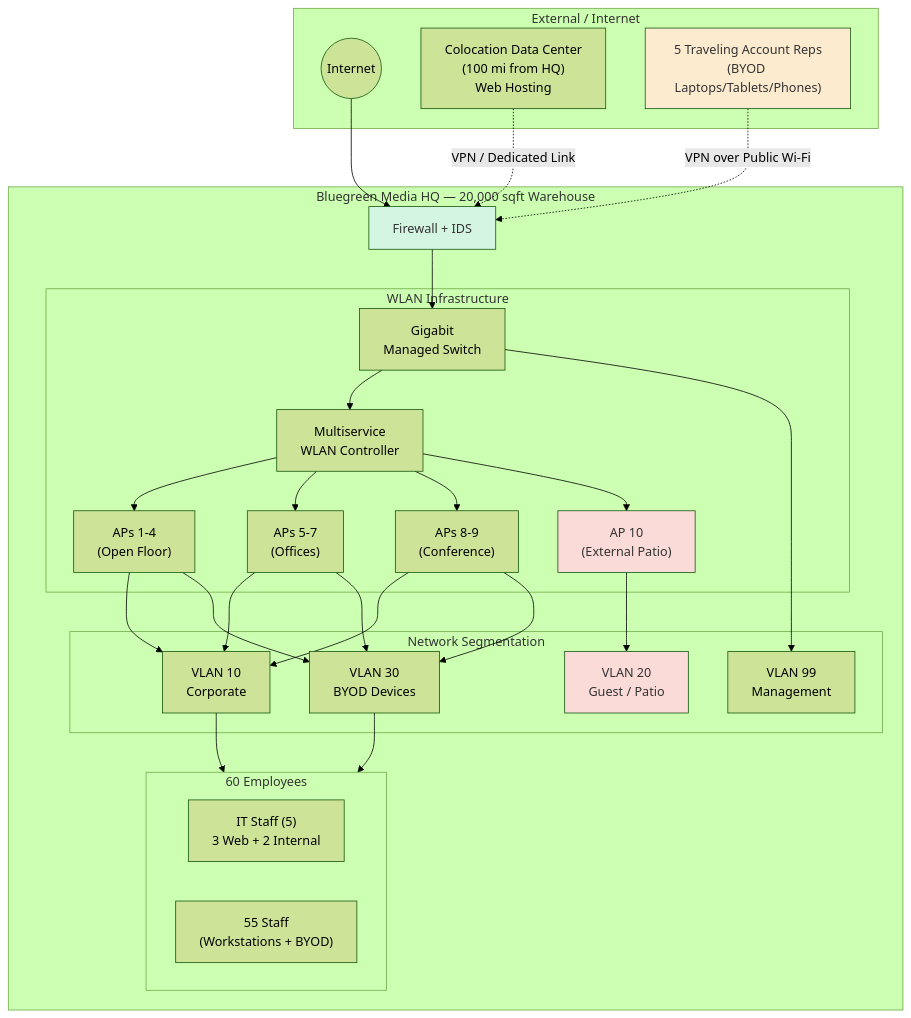
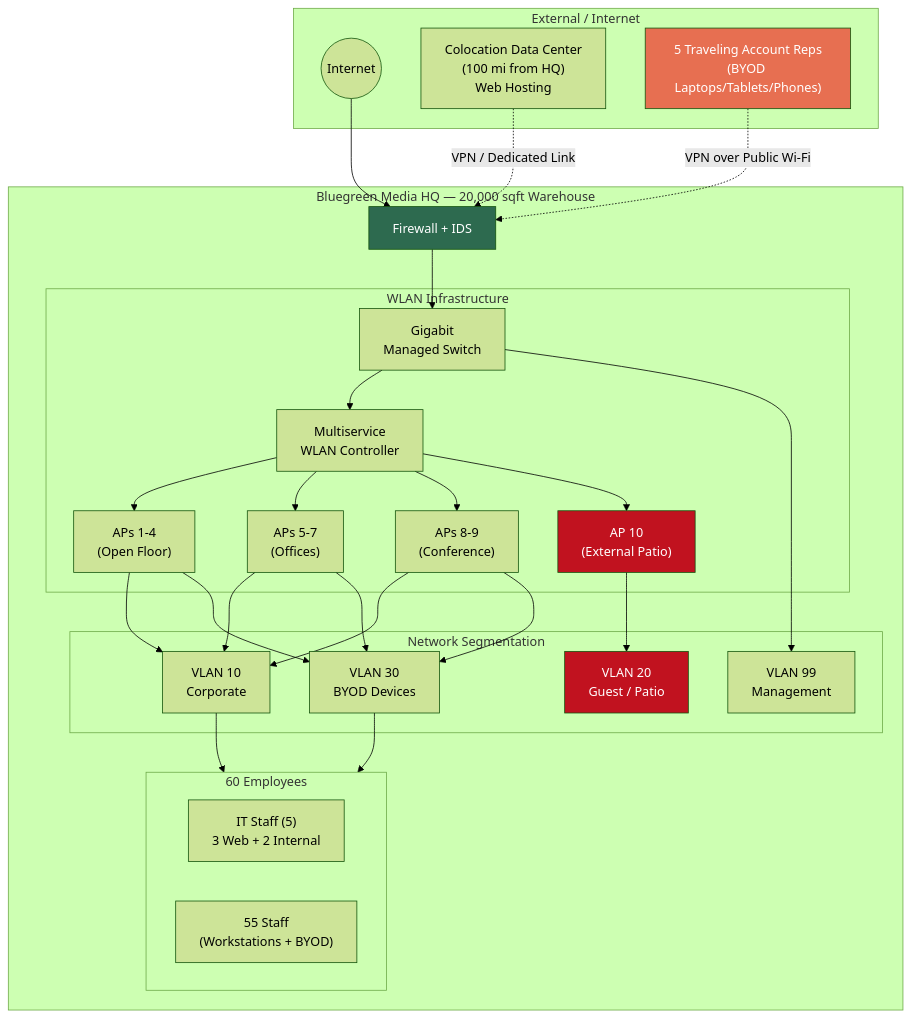
Before and after one commit to RossMora-Pilots/405-Mobile-Wireless-Security: the first of 2 diagrams in CC/Winter 2025/Mobile Wireless Security - Mohamed Jbeili - CSC-7306/CASE_STUDY_CAPSTONE.md, drawn with Mermaid (forest theme). The commit also changed other lines of this file and 6 other files, not shown here.

First line of the commit message:
Remediate 5 growth areas: defense validation, risk quantification, lessons learned, visual palette, new diagrams

````diff
--- a/CC/Winter 2025/Mobile Wireless Security - Mohamed Jbeili - CSC-7306/CASE_STUDY_CAPSTONE.md
+++ b/CC/Winter 2025/Mobile Wireless Security - Mohamed Jbeili - CSC-7306/CASE_STUDY_CAPSTONE.md
@@ -51,50 +51,50 @@
 ```mermaid
 flowchart TB
     subgraph External["External / Internet"]
         Internet((Internet))
         Datacenter["Colocation Data Center<br/>(100 mi from HQ)<br/>Web Hosting"]
         RemoteReps["5 Traveling Account Reps<br/>(BYOD Laptops/Tablets/Phones)"]
     end
 
     subgraph HQ["Bluegreen Media HQ — 20,000 sqft Warehouse"]
         FW["Firewall + IDS"]
 
         subgraph WLANInfra["WLAN Infrastructure"]
             Controller["Multiservice<br/>WLAN Controller"]
             Switch["Gigabit<br/>Managed Switch"]
             AP1["APs 1-4<br/>(Open Floor)"]
             AP2["APs 5-7<br/>(Offices)"]
             AP3["APs 8-9<br/>(Conference)"]
             APext["AP 10<br/>(External Patio)"]
         end
 
         subgraph VLANs["Network Segmentation"]
             CorpVLAN["VLAN 10<br/>Corporate"]
             GuestVLAN["VLAN 20<br/>Guest / Patio"]
             BYODVLAN["VLAN 30<br/>BYOD Devices"]
             MgmtVLAN["VLAN 99<br/>Management"]
         end
 
         subgraph Users["60 Employees"]
             IT["IT Staff (5)<br/>3 Web + 2 Internal"]
             Employees["55 Staff<br/>(Workstations + BYOD)"]
         end
     end
 
     Internet --> FW
     Datacenter -.->|"VPN / Dedicated Link"| FW
     RemoteReps -.->|"VPN over Public Wi-Fi"| FW
     FW --> Switch
     Switch --> Controller
     Controller --> AP1 & AP2 & AP3 & APext
     AP1 & AP2 & AP3 --> CorpVLAN & BYODVLAN
     APext --> GuestVLAN
     Switch --> MgmtVLAN
     CorpVLAN --> Users
     BYODVLAN --> Users
 
-    style APext fill:#fadbd8,color:#333
-    style GuestVLAN fill:#fadbd8,color:#333
-    style RemoteReps fill:#fdebd0,color:#333
-    style FW fill:#d5f5e3,color:#333
+    style APext fill:#c1121f,color:#fff
+    style GuestVLAN fill:#c1121f,color:#fff
+    style RemoteReps fill:#e76f51,color:#fff
+    style FW fill:#2d6a4f,color:#fff
 ```
````
